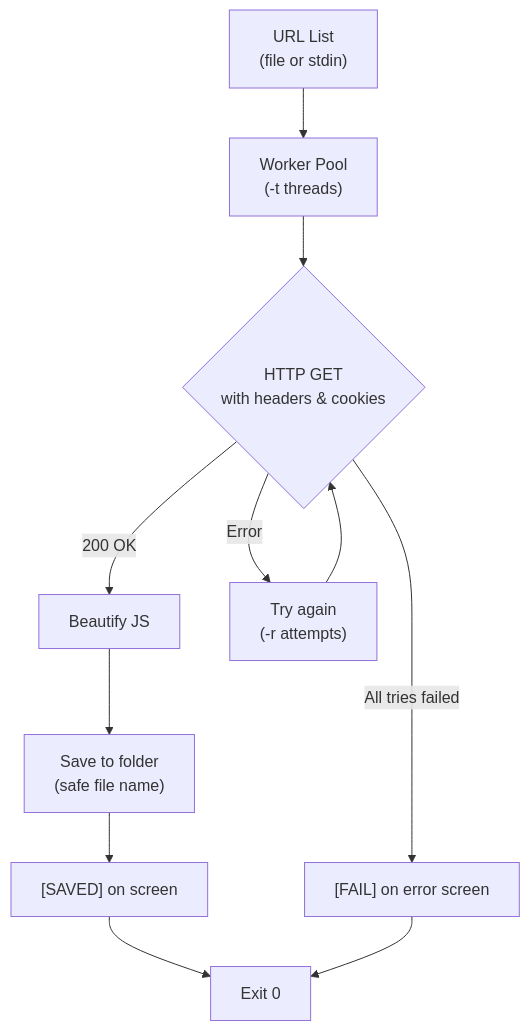
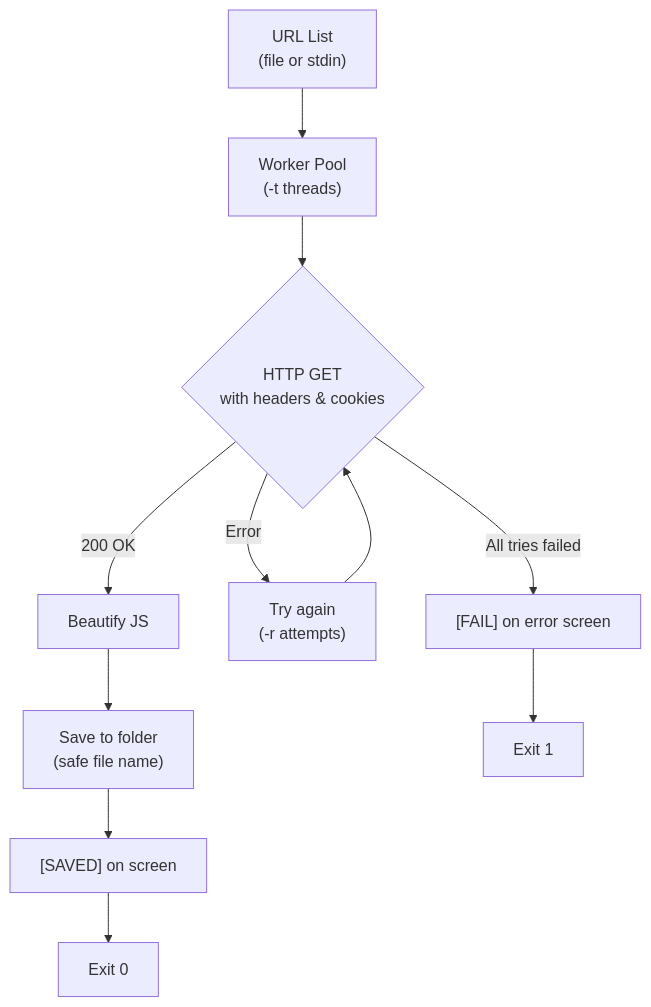
One commit to R0X4R/sangrah changed the diagram in README.md. Above: the diagram before and after it, drawn with Mermaid. The commit also changed 6 other files, not shown here.

````diff
--- a/README.md
+++ b/README.md
@@ -24,13 +24,13 @@
 ```mermaid
 graph TD
     A["URL List<br>(file or stdin)"] --> B["Worker Pool<br>(-t threads)"]
     B --> C{"HTTP GET<br>with headers & cookies"}
     C -->|"200 OK"| D["Beautify JS"]
     C -->|"Error"| E["Try again<br>(-r attempts)"]
     E --> C
     D --> F["Save to folder<br>(safe file name)"]
     F --> G["[SAVED] on screen"]
     C -->|"All tries failed"| H["[FAIL] on error screen"]
     G --> I["Exit 0"]
-    H --> I
+    H --> J["Exit 1"]
 ```
````
